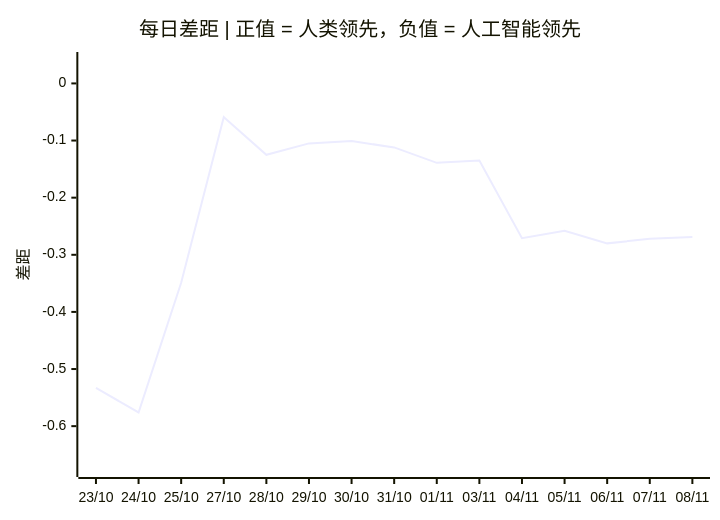
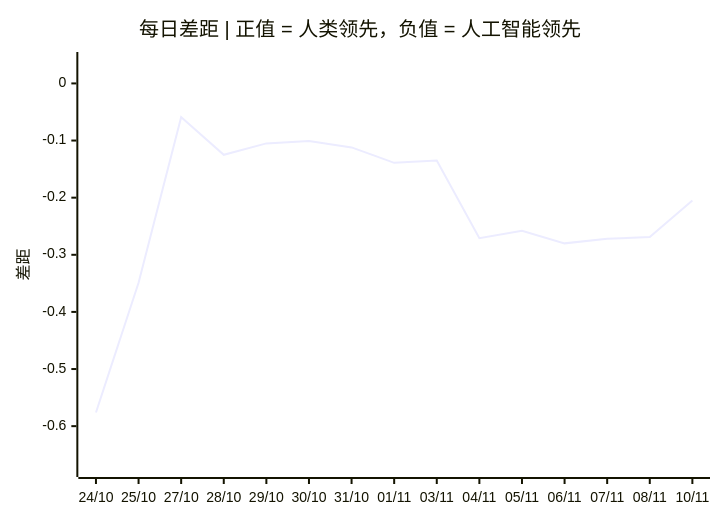
The third of 3 diagrams in README.zh.md (VQQLK/Human-AI-Monitor), drawn with Mermaid before and after one commit. The commit also changed other lines of this file and 3 other files, not shown here.

````diff
--- a/README.zh.md
+++ b/README.zh.md
@@ -56,7 +56,7 @@
 ```mermaid
 xychart-beta
     title "每日差距 | 正值 = 人类领先，负值 = 人工智能领先"
-    x-axis ["23/10", "24/10", "25/10", "27/10", "28/10", "29/10", "30/10", "31/10", "01/11", "03/11", "04/11", "05/11", "06/11", "07/11", "08/11"]
+    x-axis ["24/10", "25/10", "27/10", "28/10", "29/10", "30/10", "31/10", "01/11", "03/11", "04/11", "05/11", "06/11", "07/11", "08/11", "10/11"]
     y-axis "差距" -0.675 --> 0.041
-    line [-0.533, -0.576, -0.349, -0.059, -0.125, -0.105, -0.101, -0.112, -0.139, -0.135, -0.271, -0.258, -0.280, -0.272, -0.269]
+    line [-0.576, -0.349, -0.059, -0.125, -0.105, -0.101, -0.112, -0.139, -0.135, -0.271, -0.258, -0.280, -0.272, -0.269, -0.205]
 ```
````
